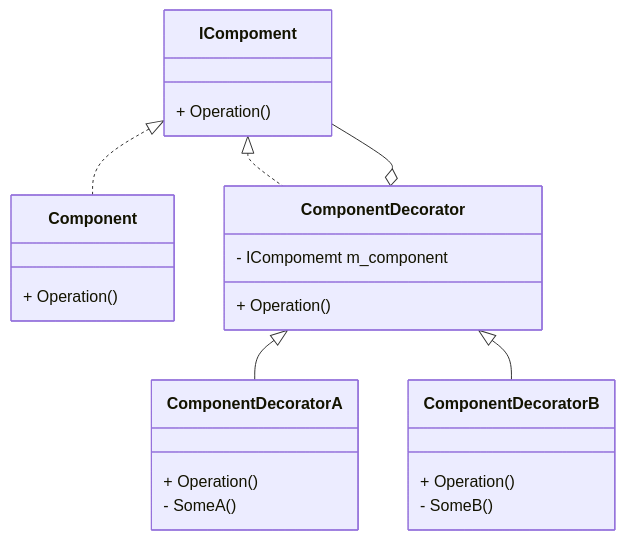
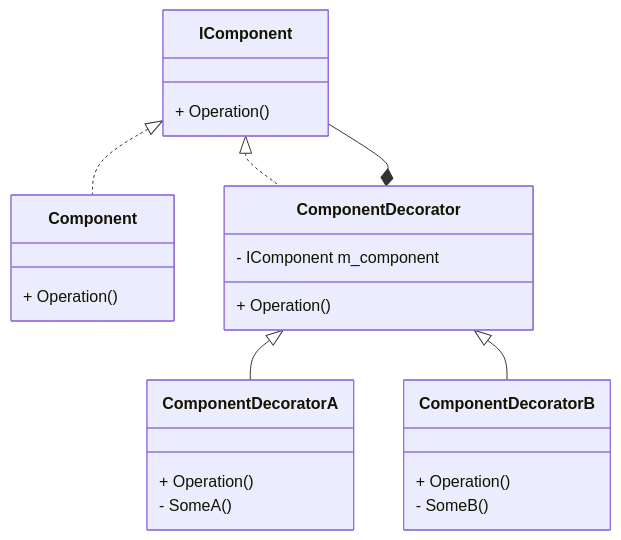
The first of 2 diagrams in lab3/1/docs.md (555Jeka555/OOD-labs), drawn with Mermaid before and after one commit. The commit also changed 1 other file, not shown here.

Commit message:
Исправил на композицию

````diff
--- a/lab3/1/docs.md
+++ b/lab3/1/docs.md
@@ -1,33 +1,33 @@
 ```mermaid
 classDiagram
-    ICompoment <|.. Component
+    IComponent <|.. Component
 
-    ICompoment <|.. ComponentDecorator
-    ComponentDecorator o-- ICompoment
+    IComponent <|.. ComponentDecorator
+    ComponentDecorator *-- IComponent
 
     ComponentDecorator <|-- ComponentDecoratorA
     ComponentDecorator <|-- ComponentDecoratorB
 
-    class ICompoment {
+    class IComponent {
         + Operation()
     }
 
     class Component {
         + Operation()
     }
 
     class ComponentDecorator {
         + Operation()
-        - ICompomemt m_component
+        - IComponent m_component
     }
 
     class ComponentDecoratorA {
         + Operation()
         - SomeA()
     }
 
     class ComponentDecoratorB {
         + Operation()
         - SomeB()
     }
 ```
````
